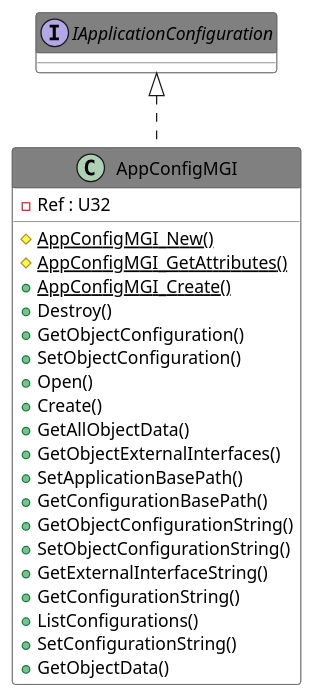
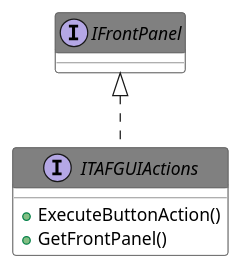
The diagram in Source/Antidoc-Output/Includes/024.adoc (PatriekBruins/TriekselsoftApplicationFramework), drawn with PlantUML before and after one commit. The commit also changed other lines of this file and 692 other files, not shown here.

```diff
--- a/Source/Antidoc-Output/Includes/024.adoc
+++ b/Source/Antidoc-Output/Includes/024.adoc
@@ -8,41 +8,23 @@
 [plantuml, format="svg", align="center"]
 ....
 @startuml
 set namespaceSeparator :
 skinparam ClassBackgroundColor #FFFFFF
 skinparam ClassBorderColor #555555
 skinparam ClassFontColor #000000
 skinparam ClassHeaderBackgroundColor #808080
 
 skinparam top to bottom direction
-class "AppConfigMGI" {
-{field} -Ref : U32
-{static} {method} #AppConfigMGI_New()
-{static} {method} #AppConfigMGI_GetAttributes()
-{static} {method} +AppConfigMGI_Create()
-{method} +Destroy()
-{method} +GetObjectConfiguration()
-{method} +SetObjectConfiguration()
-{method} +Open()
-{method} +Create()
-{method} +GetAllObjectData()
-{method} +GetObjectExternalInterfaces()
-{method} +SetApplicationBasePath()
-{method} +GetConfigurationBasePath()
-{method} +GetObjectConfigurationString()
-{method} +SetObjectConfigurationString()
-{method} +GetExternalInterfaceString()
-{method} +GetConfigurationString()
-{method} +ListConfigurations()
-{method} +SetConfigurationString()
-{method} +GetObjectData()
+interface "ITAFGUIActions" {
+{method} +ExecuteButtonAction()
+{method} +GetFrontPanel()
 
 }
-"IApplicationConfiguration" <|.. "AppConfigMGI"
-interface "IApplicationConfiguration" {}
+"IFrontPanel" <|.. "ITAFGUIActions"
+interface "IFrontPanel" {}
 
 
 
 
 @enduml
 ....
```
